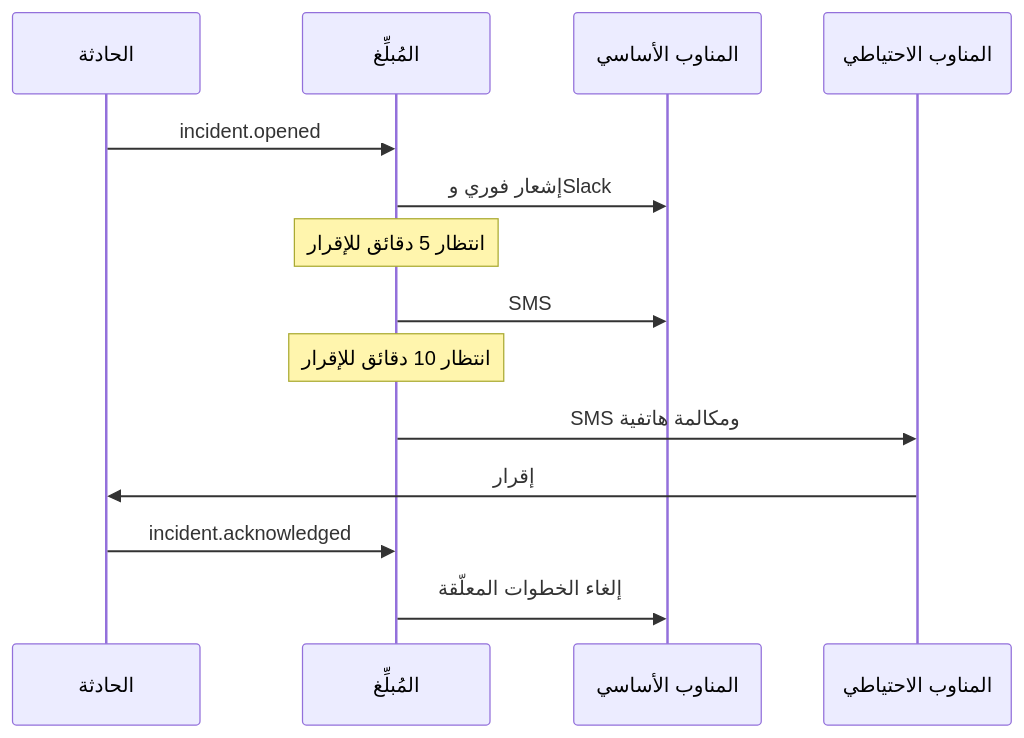
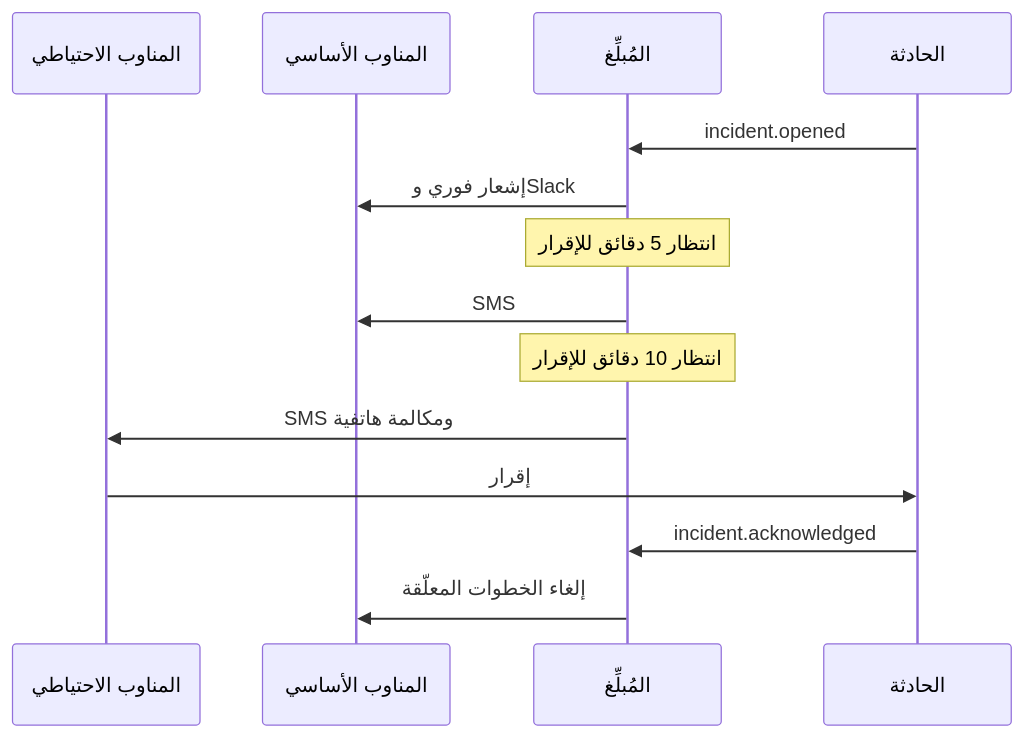
One commit to Tamoura/system-design-for-vibe-coders changed the fourth of 6 diagrams in saas/modules/04-communication.ar.md. Above: the diagram before and after it, drawn with Mermaid. The commit also changed other lines of this file and 31 other files, not shown here.

First line of the commit message:
Arabic editions: diagrams flow right to left

````diff
--- a/saas/modules/04-communication.ar.md
+++ b/saas/modules/04-communication.ar.md
@@ -412,16 +412,16 @@
 ```mermaid
 sequenceDiagram
+    participant B as المناوب الاحتياطي
+    participant A as المناوب الأساسي
+    participant N as المُبلِّغ
     participant I as الحادثة
-    participant N as المُبلِّغ
-    participant A as المناوب الأساسي
-    participant B as المناوب الاحتياطي
     I->>N: incident.opened
     N->>A: إشعار فوري وSlack
     Note over N: انتظار 5 دقائق للإقرار
     N->>A: SMS
     Note over N: انتظار 10 دقائق للإقرار
     N->>B: SMS ومكالمة هاتفية
     B->>I: إقرار
     I->>N: incident.acknowledged
     N->>A: إلغاء الخطوات المعلّقة
 ```
````
